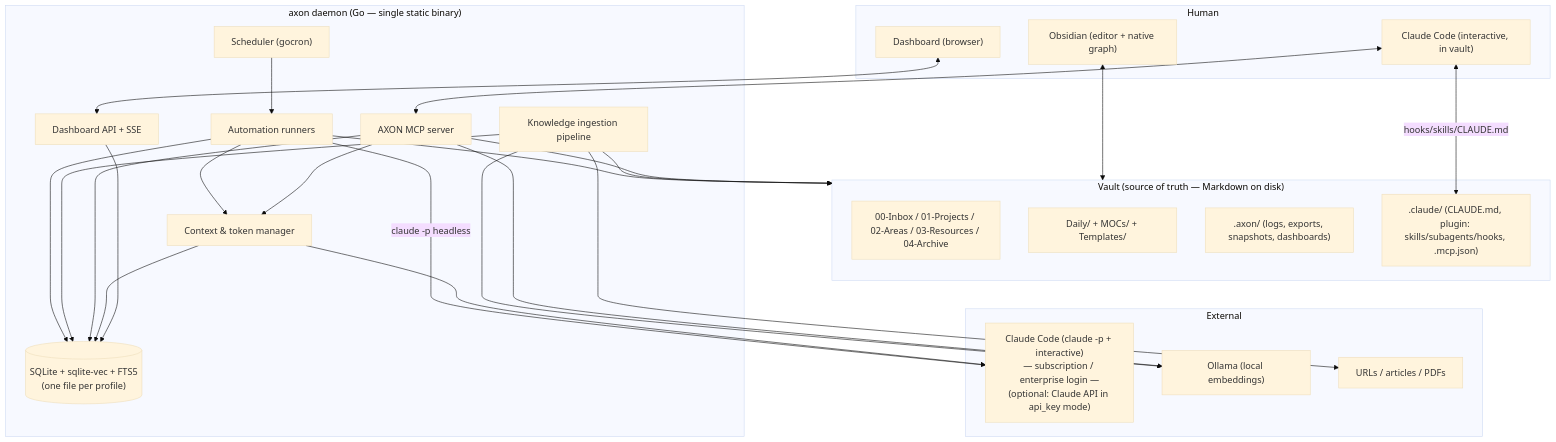
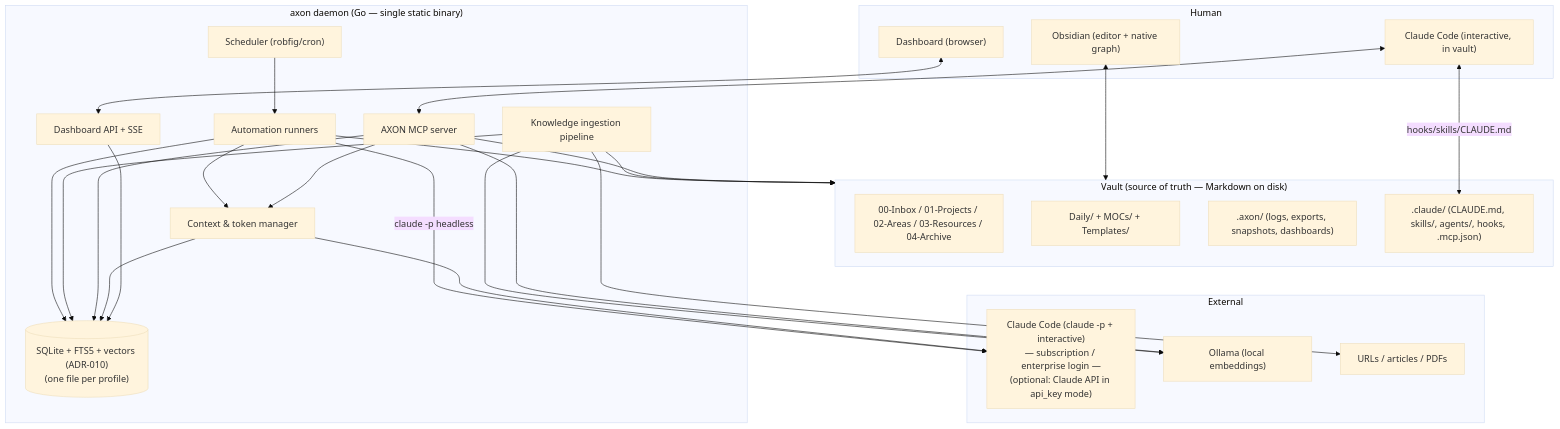
The diagram in docs/02-architecture.md (jandro-es/axon), drawn with Mermaid (base theme) before and after one commit. The commit also changed other lines of this file and 10 other files, not shown here.

````diff
--- a/docs/02-architecture.md
+++ b/docs/02-architecture.md
@@ -5,52 +5,52 @@
 ```mermaid
 flowchart TB
     subgraph Human["Human"]
         OBS["Obsidian (editor + native graph)"]
         DASH["Dashboard (browser)"]
         CC["Claude Code (interactive, in vault)"]
     end
 
     subgraph Vault["Vault (source of truth — Markdown on disk)"]
         PARA["00-Inbox / 01-Projects / 02-Areas / 03-Resources / 04-Archive"]
         DAILY["Daily/ + MOCs/ + Templates/"]
         AXDIR[".axon/ (logs, exports, snapshots, dashboards)"]
-        CLDIR[".claude/ (CLAUDE.md, plugin: skills/subagents/hooks, .mcp.json)"]
+        CLDIR[".claude/ (CLAUDE.md, skills/, agents/, hooks, .mcp.json)"]
     end
 
     subgraph Daemon["axon daemon (Go — single static binary)"]
-        SCHED["Scheduler (gocron)"]
+        SCHED["Scheduler (robfig/cron)"]
         AUTO["Automation runners"]
         INGEST["Knowledge ingestion pipeline"]
         TOKENS["Context & token manager"]
         MCP["AXON MCP server"]
         API["Dashboard API + SSE"]
-        DB[("SQLite + sqlite-vec + FTS5\n(one file per profile)")]
+        DB[("SQLite + FTS5 + vectors (ADR-010)\n(one file per profile)")]
     end
 
     subgraph External["External"]
         CLAUDE["Claude Code (claude -p + interactive)\n— subscription / enterprise login —\n(optional: Claude API in api_key mode)"]
         OLLAMA["Ollama (local embeddings)"]
         WEB["URLs / articles / PDFs"]
     end
 
     OBS <--> Vault
     CC <--> MCP
     CC <-->|hooks/skills/CLAUDE.md| CLDIR
     DASH <--> API
     SCHED --> AUTO
     AUTO -->|claude -p headless| CLAUDE
     AUTO --> Vault
     AUTO --> DB
     INGEST --> WEB
     INGEST --> OLLAMA
     INGEST --> Vault
     INGEST --> DB
     MCP --> DB
     MCP --> Vault
     MCP --> OLLAMA
     TOKENS --> CLAUDE
     TOKENS --> DB
     AUTO --> TOKENS
     MCP --> TOKENS
     API --> DB
 ```
````
